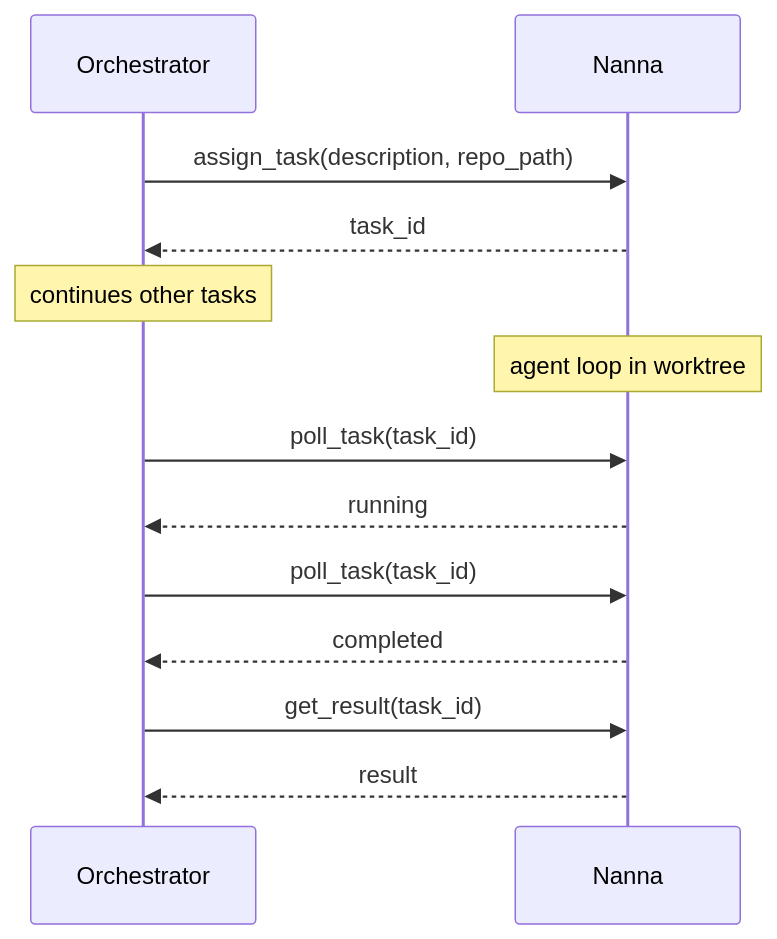
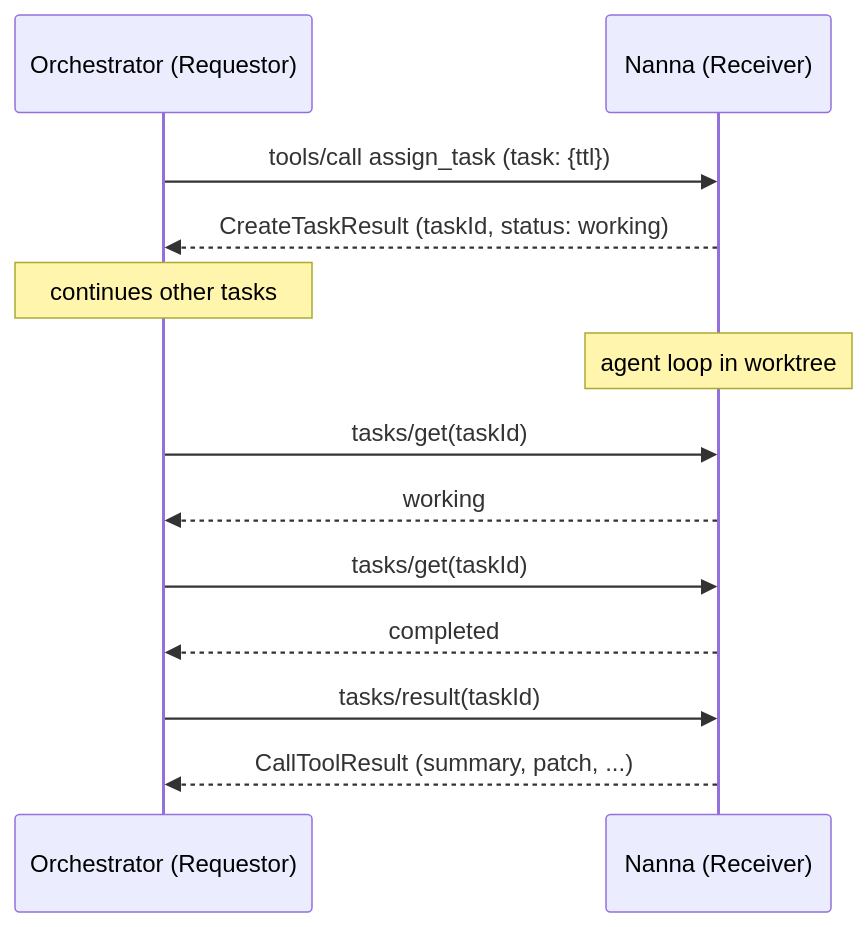
One commit to DominicBurkart/nanna-coder changed the third of 5 diagrams in ARCHITECTURE.md. Above: the diagram before and after it, drawn with Mermaid. The commit also changed other lines of this file and 7 other files, not shown here.

First line of the commit message:
feat(mcp): re-architect onto the MCP Tasks extension (#534)

````diff
--- a/ARCHITECTURE.md
+++ b/ARCHITECTURE.md
@@ -99,15 +106,15 @@
 ```mermaid
 sequenceDiagram
-    participant O as Orchestrator
-    participant N as Nanna
-    O->>N: assign_task(description, repo_path)
-    N-->>O: task_id
+    participant O as Orchestrator (Requestor)
+    participant N as Nanna (Receiver)
+    O->>N: tools/call assign_task (task: {ttl})
+    N-->>O: CreateTaskResult (taskId, status: working)
     Note over O: continues other tasks
     Note over N: agent loop in worktree
-    O->>N: poll_task(task_id)
-    N-->>O: running
-    O->>N: poll_task(task_id)
+    O->>N: tasks/get(taskId)
+    N-->>O: working
+    O->>N: tasks/get(taskId)
     N-->>O: completed
-    O->>N: get_result(task_id)
-    N-->>O: result
+    O->>N: tasks/result(taskId)
+    N-->>O: CallToolResult (summary, patch, ...)
 ```
````
